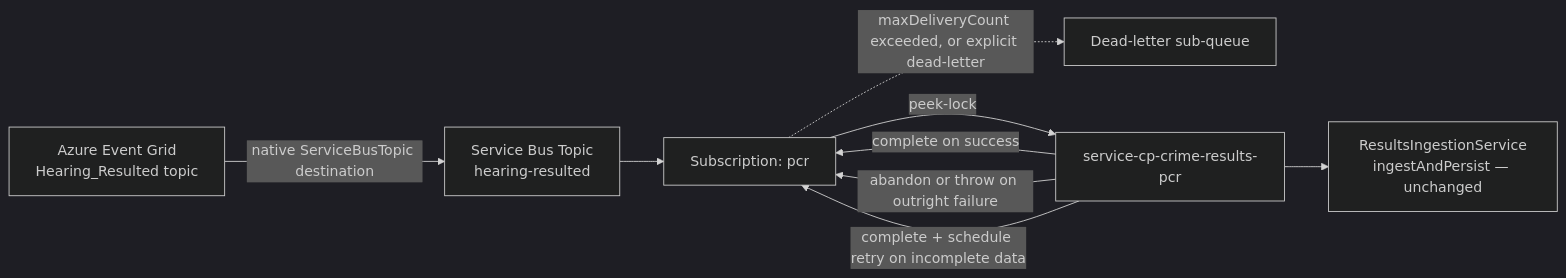
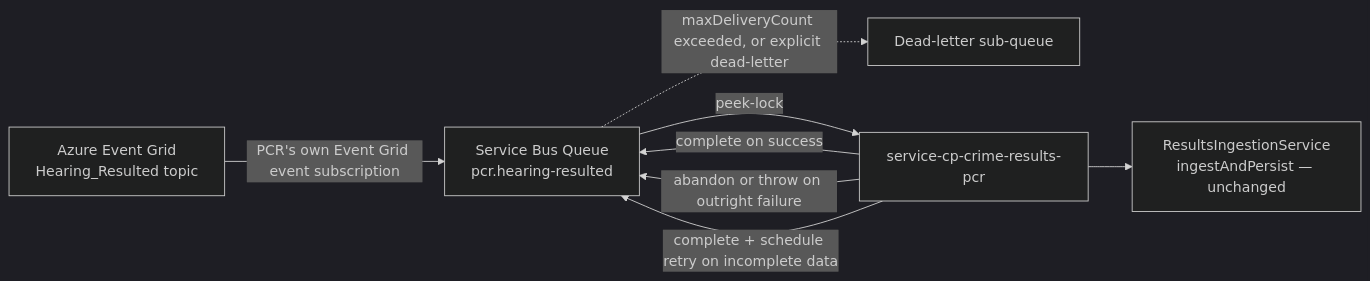
The first of 5 diagrams in docs/designs/2026-08-17-pcr-eventgrid-servicebus-ingestion-design.md (hmcts/service-cp-crime-results-pcr), drawn with Mermaid (dark theme) before and after one commit. The commit also changed other lines of this file and 1 other file, not shown here.

First line of the commit message:
docs(pcr): revise Service Bus ingestion to a dedicated queue per consumer

````diff
--- a/docs/designs/2026-08-17-pcr-eventgrid-servicebus-ingestion-design.md
+++ b/docs/designs/2026-08-17-pcr-eventgrid-servicebus-ingestion-design.md
@@ -39,18 +45,16 @@
 ```mermaid
 flowchart LR
     EG["Azure Event Grid<br/>Hearing_Resulted topic"]
-    T["Service Bus Topic<br/>hearing-resulted"]
-    SUBP["Subscription: pcr"]
+    Q["Service Bus Queue<br/>pcr.hearing-resulted"]
     DLQ["Dead-letter sub-queue"]
     Consumer["service-cp-crime-results-pcr"]
     Ingest["ResultsIngestionService<br/>ingestAndPersist — unchanged"]
 
-    EG -->|"native ServiceBusTopic destination"| T
-    T --> SUBP
-    SUBP -->|"peek-lock"| Consumer
-    Consumer -->|"complete on success"| SUBP
-    Consumer -->|"abandon or throw on outright failure"| SUBP
-    Consumer -->|"complete + schedule retry on incomplete data"| SUBP
-    SUBP -.->|"maxDeliveryCount exceeded, or explicit dead-letter"| DLQ
+    EG -->|"PCR's own Event Grid event subscription"| Q
+    Q -->|"peek-lock"| Consumer
+    Consumer -->|"complete on success"| Q
+    Consumer -->|"abandon or throw on outright failure"| Q
+    Consumer -->|"complete + schedule retry on incomplete data"| Q
+    Q -.->|"maxDeliveryCount exceeded, or explicit dead-letter"| DLQ
     Consumer --> Ingest
 ```
````
